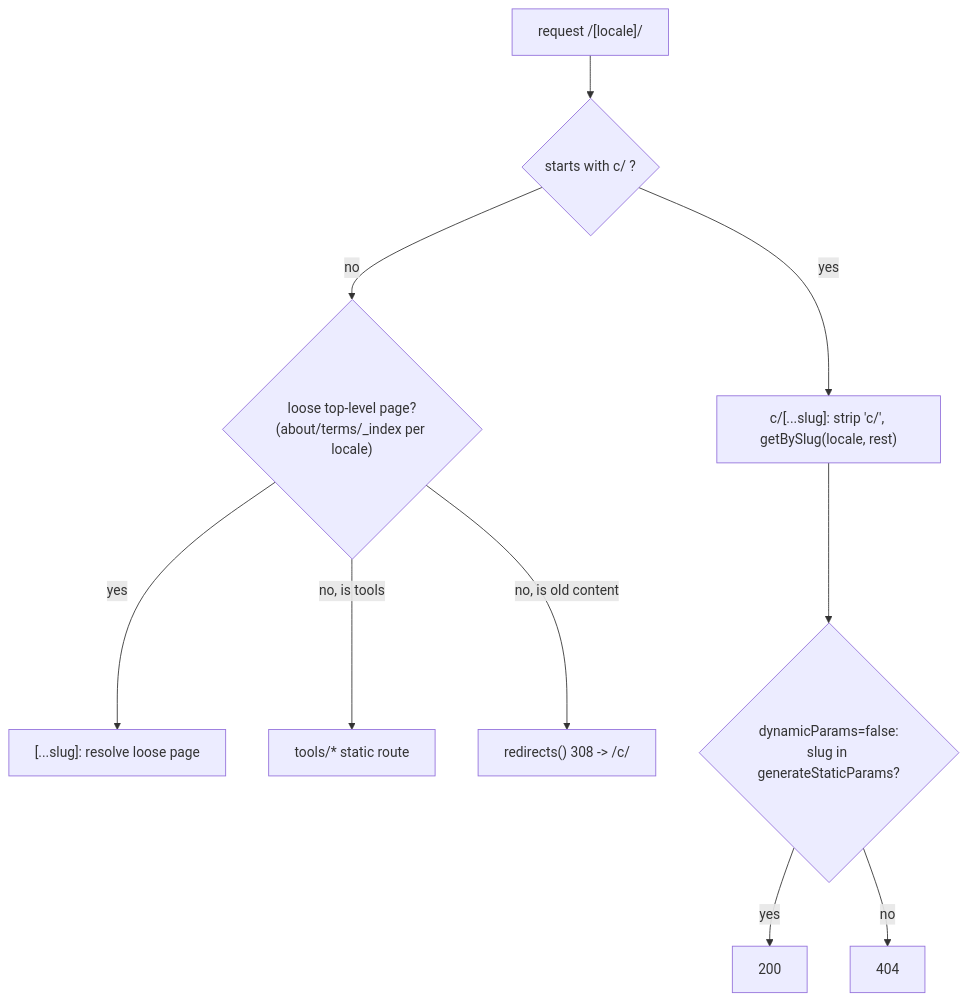
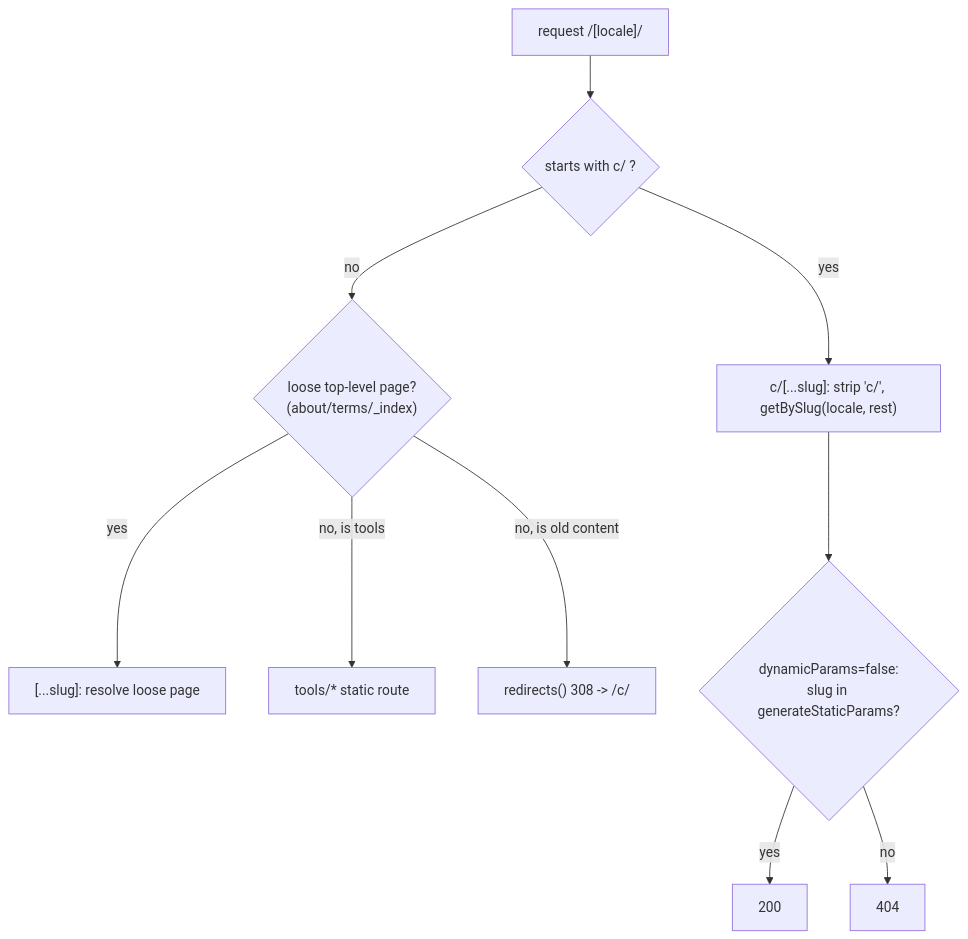
Before and after one commit to wahidyankf/baseerah: the third of 4 diagrams in plans/in-progress/ayokoding-www-ia-navigation-revamp/tech-docs.md, drawn with Mermaid. The commit also changed other lines of this file and 1 other file, not shown here.

````diff
--- a/plans/in-progress/ayokoding-www-ia-navigation-revamp/tech-docs.md
+++ b/plans/in-progress/ayokoding-www-ia-navigation-revamp/tech-docs.md
@@ -60,12 +60,12 @@
 ```mermaid
 flowchart TD
   req["request /[locale]/<rest>"] --> isc{"starts with c/ ?"}
   isc -->|yes| cslug["c/[...slug]: strip 'c/', getBySlug(locale, rest)"]
-  isc -->|no| top{"loose top-level page?<br/>(about/terms/_index per locale)"}
+  isc -->|no| top{"loose top-level page?<br/>(about/terms/_index)"}
   top -->|yes| loose["[...slug]: resolve loose page"]
   top -->|no, is tools| tools["tools/* static route"]
   top -->|no, is old content| redir["redirects() 308 -> /c/<rest>"]
   cslug --> dyn{"dynamicParams=false:<br/>slug in generateStaticParams?"}
   dyn -->|yes| ok["200"]
   dyn -->|no| nf["404"]
 ```
````
